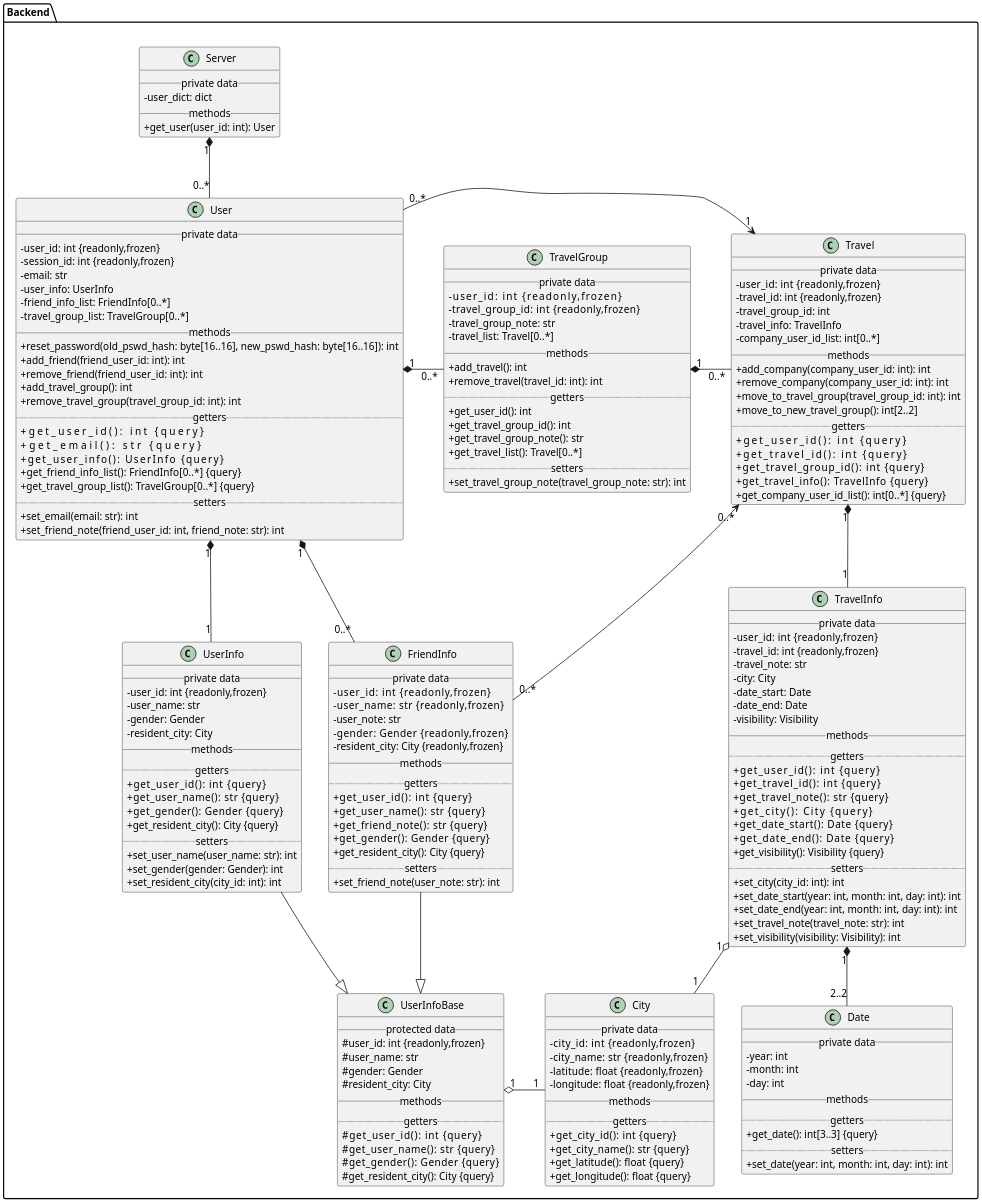
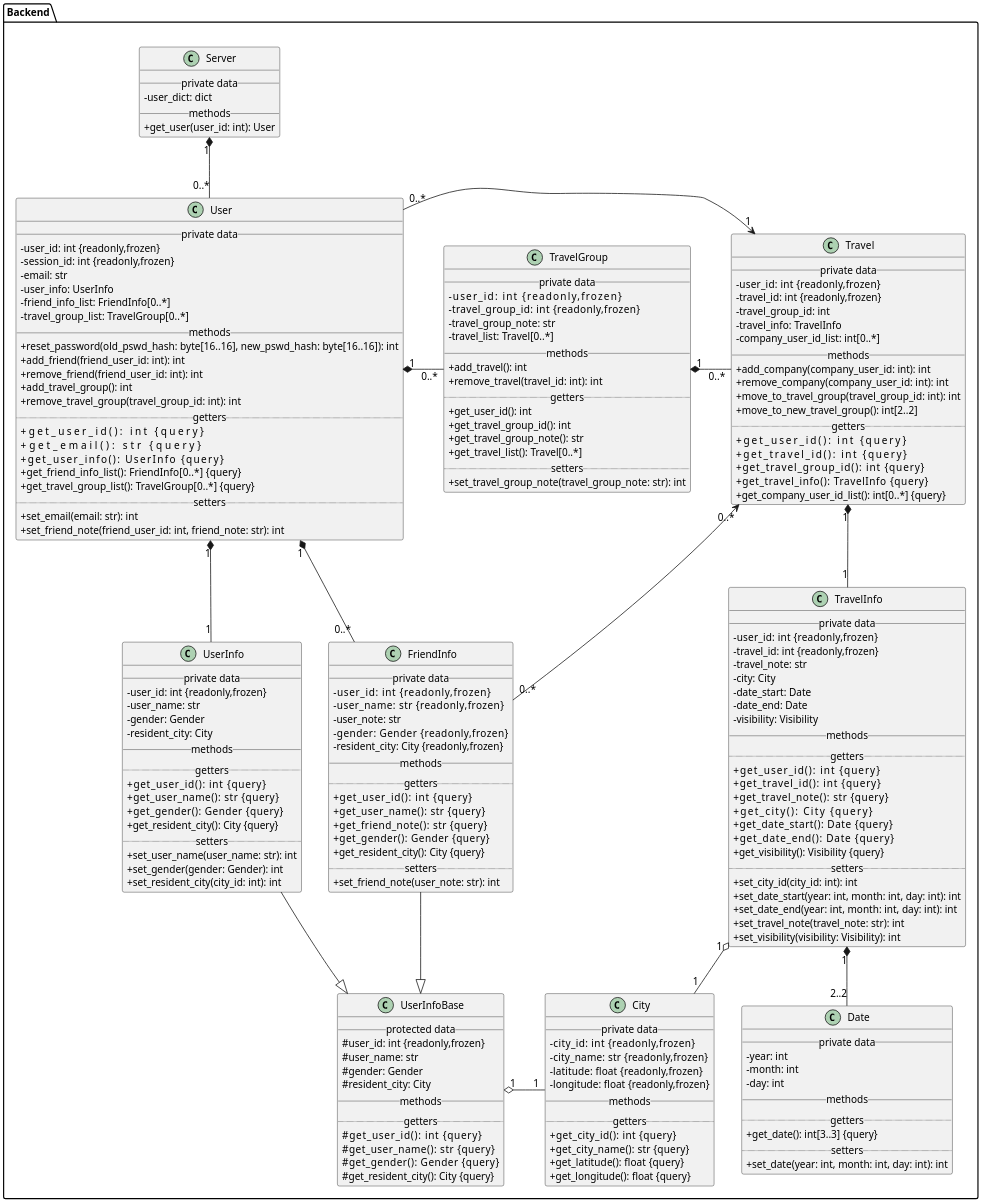
The diagram in doc/第二阶段课堂展示/ClassDiagram.backend.puml (skyetim/travel_planning_website), drawn with PlantUML before and after one commit. The commit also changed 2 other files, not shown here.

Commit message:
feat: add api set_travel_group_info and set_travel_info

```diff
--- a/doc/第二阶段课堂展示/ClassDiagram.backend.puml
+++ b/doc/第二阶段课堂展示/ClassDiagram.backend.puml
@@ -148,7 +148,7 @@
         + get_date_end(): Date         {query}
         + get_visibility(): Visibility {query}
         .. setters ..
-        + set_city(city_id: int): int
+        + set_city_id(city_id: int): int
         + set_date_start(year: int, month: int, day: int): int
         + set_date_end(year: int, month: int, day: int): int
         + set_travel_note(travel_note: str): int
```
